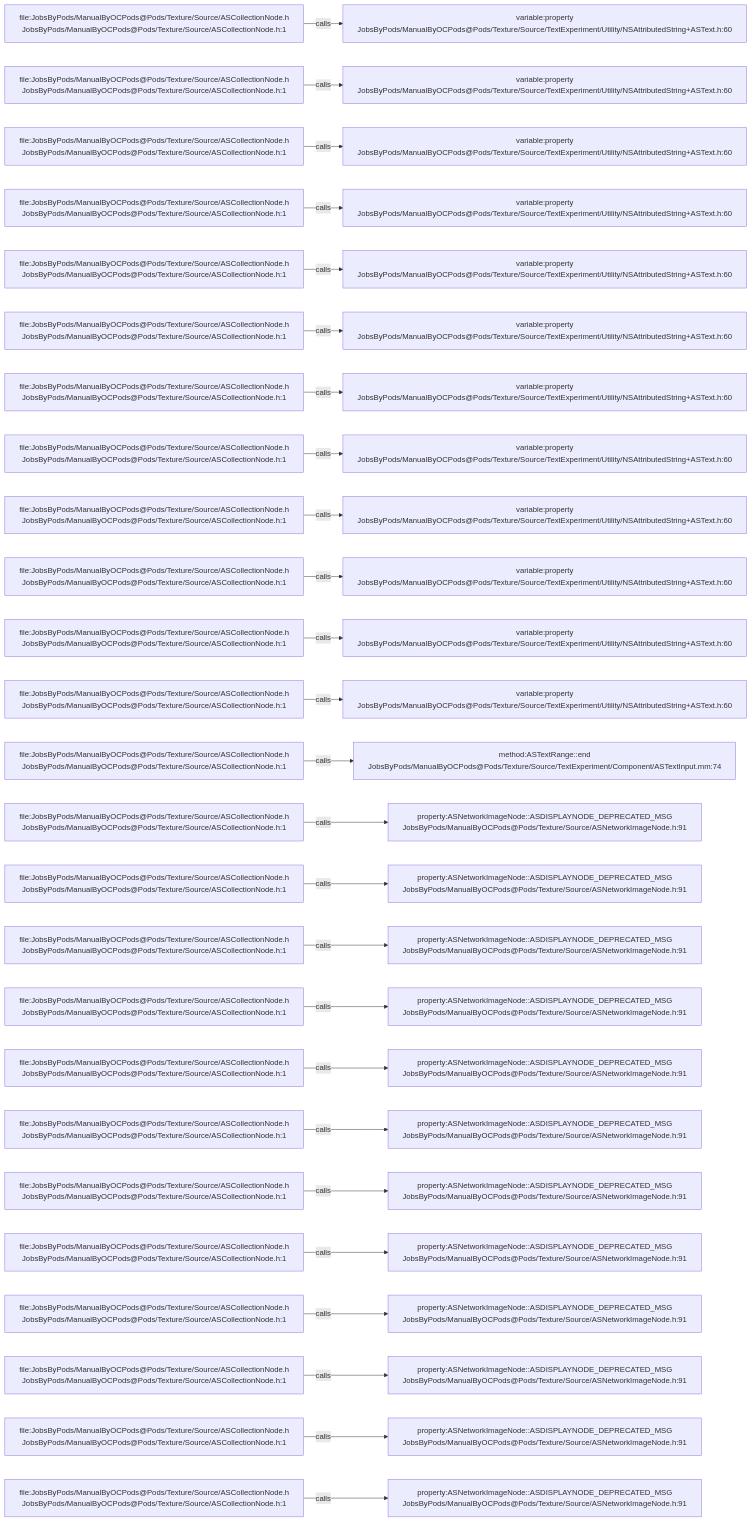
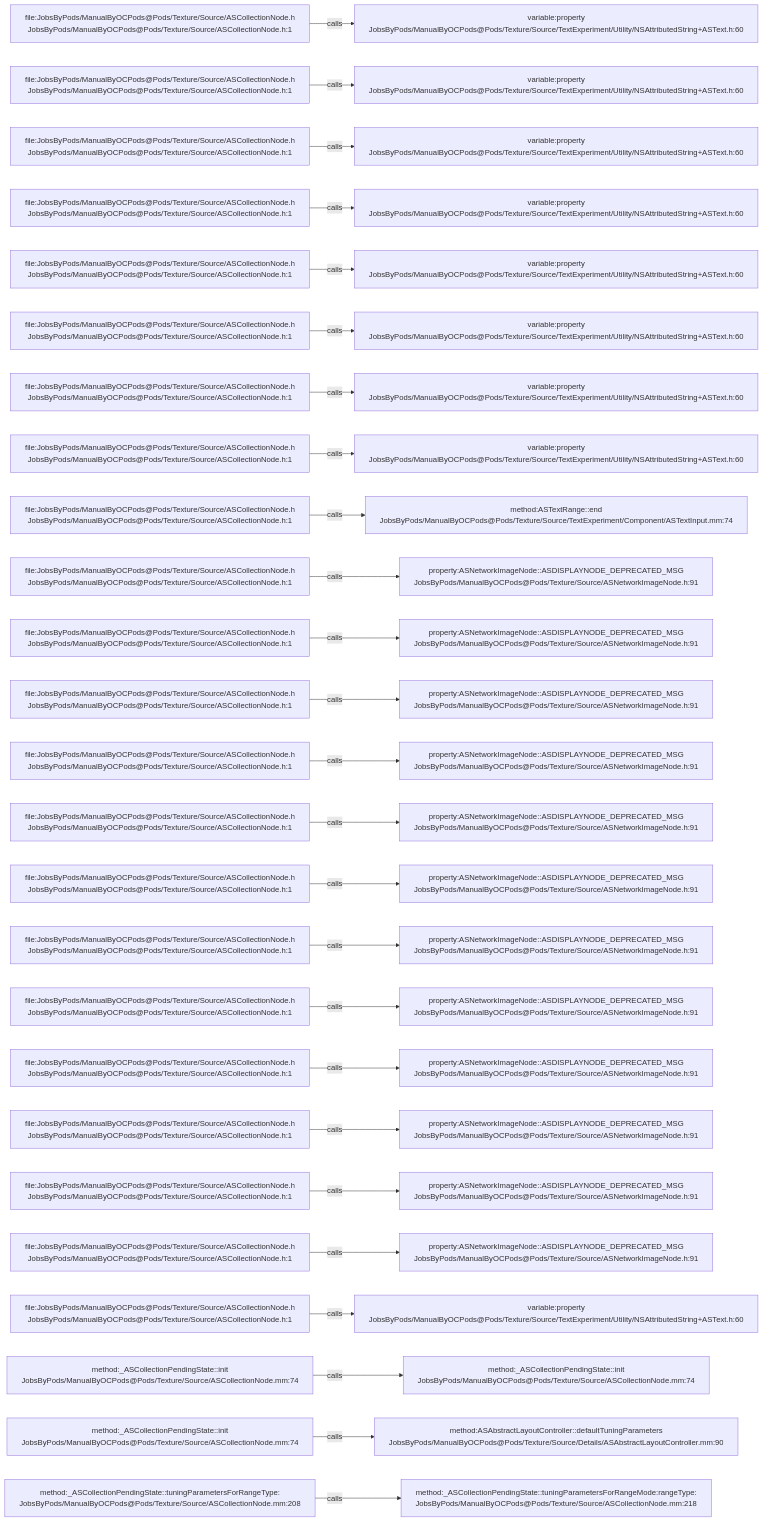
Before and after one commit to JobsKits/JobsOCBaseConfigDemo: the diagram in .codegraph/codegraph.md/graphs/calls-073.md, drawn with Mermaid. The commit also changed 727 other files, not shown here.

````diff
--- a/.codegraph/codegraph.md/graphs/calls-073.md
+++ b/.codegraph/codegraph.md/graphs/calls-073.md
@@ -13,78 +13,78 @@
 ```mermaid
 flowchart LR
   S1["file:JobsByPods/ManualByOCPods@Pods/Texture/Source/ASCollectionNode.h<br/>JobsByPods/ManualByOCPods@Pods/Texture/Source/ASCollectionNode.h:1"]
   T1["variable:property<br/>JobsByPods/ManualByOCPods@Pods/Texture/Source/TextExperiment/Utility/NSAttributedString+ASText.h:60"]
   S1 -->|calls| T1
   S2["file:JobsByPods/ManualByOCPods@Pods/Texture/Source/ASCollectionNode.h<br/>JobsByPods/ManualByOCPods@Pods/Texture/Source/ASCollectionNode.h:1"]
   T2["variable:property<br/>JobsByPods/ManualByOCPods@Pods/Texture/Source/TextExperiment/Utility/NSAttributedString+ASText.h:60"]
   S2 -->|calls| T2
   S3["file:JobsByPods/ManualByOCPods@Pods/Texture/Source/ASCollectionNode.h<br/>JobsByPods/ManualByOCPods@Pods/Texture/Source/ASCollectionNode.h:1"]
   T3["variable:property<br/>JobsByPods/ManualByOCPods@Pods/Texture/Source/TextExperiment/Utility/NSAttributedString+ASText.h:60"]
   S3 -->|calls| T3
   S4["file:JobsByPods/ManualByOCPods@Pods/Texture/Source/ASCollectionNode.h<br/>JobsByPods/ManualByOCPods@Pods/Texture/Source/ASCollectionNode.h:1"]
   T4["variable:property<br/>JobsByPods/ManualByOCPods@Pods/Texture/Source/TextExperiment/Utility/NSAttributedString+ASText.h:60"]
   S4 -->|calls| T4
   S5["file:JobsByPods/ManualByOCPods@Pods/Texture/Source/ASCollectionNode.h<br/>JobsByPods/ManualByOCPods@Pods/Texture/Source/ASCollectionNode.h:1"]
   T5["variable:property<br/>JobsByPods/ManualByOCPods@Pods/Texture/Source/TextExperiment/Utility/NSAttributedString+ASText.h:60"]
   S5 -->|calls| T5
   S6["file:JobsByPods/ManualByOCPods@Pods/Texture/Source/ASCollectionNode.h<br/>JobsByPods/ManualByOCPods@Pods/Texture/Source/ASCollectionNode.h:1"]
   T6["variable:property<br/>JobsByPods/ManualByOCPods@Pods/Texture/Source/TextExperiment/Utility/NSAttributedString+ASText.h:60"]
   S6 -->|calls| T6
   S7["file:JobsByPods/ManualByOCPods@Pods/Texture/Source/ASCollectionNode.h<br/>JobsByPods/ManualByOCPods@Pods/Texture/Source/ASCollectionNode.h:1"]
   T7["variable:property<br/>JobsByPods/ManualByOCPods@Pods/Texture/Source/TextExperiment/Utility/NSAttributedString+ASText.h:60"]
   S7 -->|calls| T7
   S8["file:JobsByPods/ManualByOCPods@Pods/Texture/Source/ASCollectionNode.h<br/>JobsByPods/ManualByOCPods@Pods/Texture/Source/ASCollectionNode.h:1"]
   T8["variable:property<br/>JobsByPods/ManualByOCPods@Pods/Texture/Source/TextExperiment/Utility/NSAttributedString+ASText.h:60"]
   S8 -->|calls| T8
   S9["file:JobsByPods/ManualByOCPods@Pods/Texture/Source/ASCollectionNode.h<br/>JobsByPods/ManualByOCPods@Pods/Texture/Source/ASCollectionNode.h:1"]
-  T9["variable:property<br/>JobsByPods/ManualByOCPods@Pods/Texture/Source/TextExperiment/Utility/NSAttributedString+ASText.h:60"]
+  T9["method:ASTextRange::end<br/>JobsByPods/ManualByOCPods@Pods/Texture/Source/TextExperiment/Component/ASTextInput.mm:74"]
   S9 -->|calls| T9
   S10["file:JobsByPods/ManualByOCPods@Pods/Texture/Source/ASCollectionNode.h<br/>JobsByPods/ManualByOCPods@Pods/Texture/Source/ASCollectionNode.h:1"]
-  T10["variable:property<br/>JobsByPods/ManualByOCPods@Pods/Texture/Source/TextExperiment/Utility/NSAttributedString+ASText.h:60"]
+  T10["property:ASNetworkImageNode::ASDISPLAYNODE_DEPRECATED_MSG<br/>JobsByPods/ManualByOCPods@Pods/Texture/Source/ASNetworkImageNode.h:91"]
   S10 -->|calls| T10
   S11["file:JobsByPods/ManualByOCPods@Pods/Texture/Source/ASCollectionNode.h<br/>JobsByPods/ManualByOCPods@Pods/Texture/Source/ASCollectionNode.h:1"]
-  T11["variable:property<br/>JobsByPods/ManualByOCPods@Pods/Texture/Source/TextExperiment/Utility/NSAttributedString+ASText.h:60"]
+  T11["property:ASNetworkImageNode::ASDISPLAYNODE_DEPRECATED_MSG<br/>JobsByPods/ManualByOCPods@Pods/Texture/Source/ASNetworkImageNode.h:91"]
   S11 -->|calls| T11
   S12["file:JobsByPods/ManualByOCPods@Pods/Texture/Source/ASCollectionNode.h<br/>JobsByPods/ManualByOCPods@Pods/Texture/Source/ASCollectionNode.h:1"]
-  T12["variable:property<br/>JobsByPods/ManualByOCPods@Pods/Texture/Source/TextExperiment/Utility/NSAttributedString+ASText.h:60"]
+  T12["property:ASNetworkImageNode::ASDISPLAYNODE_DEPRECATED_MSG<br/>JobsByPods/ManualByOCPods@Pods/Texture/Source/ASNetworkImageNode.h:91"]
   S12 -->|calls| T12
   S13["file:JobsByPods/ManualByOCPods@Pods/Texture/Source/ASCollectionNode.h<br/>JobsByPods/ManualByOCPods@Pods/Texture/Source/ASCollectionNode.h:1"]
-  T13["method:ASTextRange::end<br/>JobsByPods/ManualByOCPods@Pods/Texture/Source/TextExperiment/Component/ASTextInput.mm:74"]
+  T13["property:ASNetworkImageNode::ASDISPLAYNODE_DEPRECATED_MSG<br/>JobsByPods/ManualByOCPods@Pods/Texture/Source/ASNetworkImageNode.h:91"]
   S13 -->|calls| T13
   S14["file:JobsByPods/ManualByOCPods@Pods/Texture/Source/ASCollectionNode.h<br/>JobsByPods/ManualByOCPods@Pods/Texture/Source/ASCollectionNode.h:1"]
   T14["property:ASNetworkImageNode::ASDISPLAYNODE_DEPRECATED_MSG<br/>JobsByPods/ManualByOCPods@Pods/Texture/Source/ASNetworkImageNode.h:91"]
   S14 -->|calls| T14
   S15["file:JobsByPods/ManualByOCPods@Pods/Texture/Source/ASCollectionNode.h<br/>JobsByPods/ManualByOCPods@Pods/Texture/Source/ASCollectionNode.h:1"]
   T15["property:ASNetworkImageNode::ASDISPLAYNODE_DEPRECATED_MSG<br/>JobsByPods/ManualByOCPods@Pods/Texture/Source/ASNetworkImageNode.h:91"]
   S15 -->|calls| T15
   S16["file:JobsByPods/ManualByOCPods@Pods/Texture/Source/ASCollectionNode.h<br/>JobsByPods/ManualByOCPods@Pods/Texture/Source/ASCollectionNode.h:1"]
   T16["property:ASNetworkImageNode::ASDISPLAYNODE_DEPRECATED_MSG<br/>JobsByPods/ManualByOCPods@Pods/Texture/Source/ASNetworkImageNode.h:91"]
   S16 -->|calls| T16
   S17["file:JobsByPods/ManualByOCPods@Pods/Texture/Source/ASCollectionNode.h<br/>JobsByPods/ManualByOCPods@Pods/Texture/Source/ASCollectionNode.h:1"]
   T17["property:ASNetworkImageNode::ASDISPLAYNODE_DEPRECATED_MSG<br/>JobsByPods/ManualByOCPods@Pods/Texture/Source/ASNetworkImageNode.h:91"]
   S17 -->|calls| T17
   S18["file:JobsByPods/ManualByOCPods@Pods/Texture/Source/ASCollectionNode.h<br/>JobsByPods/ManualByOCPods@Pods/Texture/Source/ASCollectionNode.h:1"]
   T18["property:ASNetworkImageNode::ASDISPLAYNODE_DEPRECATED_MSG<br/>JobsByPods/ManualByOCPods@Pods/Texture/Source/ASNetworkImageNode.h:91"]
   S18 -->|calls| T18
   S19["file:JobsByPods/ManualByOCPods@Pods/Texture/Source/ASCollectionNode.h<br/>JobsByPods/ManualByOCPods@Pods/Texture/Source/ASCollectionNode.h:1"]
   T19["property:ASNetworkImageNode::ASDISPLAYNODE_DEPRECATED_MSG<br/>JobsByPods/ManualByOCPods@Pods/Texture/Source/ASNetworkImageNode.h:91"]
   S19 -->|calls| T19
   S20["file:JobsByPods/ManualByOCPods@Pods/Texture/Source/ASCollectionNode.h<br/>JobsByPods/ManualByOCPods@Pods/Texture/Source/ASCollectionNode.h:1"]
   T20["property:ASNetworkImageNode::ASDISPLAYNODE_DEPRECATED_MSG<br/>JobsByPods/ManualByOCPods@Pods/Texture/Source/ASNetworkImageNode.h:91"]
   S20 -->|calls| T20
   S21["file:JobsByPods/ManualByOCPods@Pods/Texture/Source/ASCollectionNode.h<br/>JobsByPods/ManualByOCPods@Pods/Texture/Source/ASCollectionNode.h:1"]
   T21["property:ASNetworkImageNode::ASDISPLAYNODE_DEPRECATED_MSG<br/>JobsByPods/ManualByOCPods@Pods/Texture/Source/ASNetworkImageNode.h:91"]
   S21 -->|calls| T21
   S22["file:JobsByPods/ManualByOCPods@Pods/Texture/Source/ASCollectionNode.h<br/>JobsByPods/ManualByOCPods@Pods/Texture/Source/ASCollectionNode.h:1"]
-  T22["property:ASNetworkImageNode::ASDISPLAYNODE_DEPRECATED_MSG<br/>JobsByPods/ManualByOCPods@Pods/Texture/Source/ASNetworkImageNode.h:91"]
+  T22["variable:property<br/>JobsByPods/ManualByOCPods@Pods/Texture/Source/TextExperiment/Utility/NSAttributedString+ASText.h:60"]
   S22 -->|calls| T22
-  S23["file:JobsByPods/ManualByOCPods@Pods/Texture/Source/ASCollectionNode.h<br/>JobsByPods/ManualByOCPods@Pods/Texture/Source/ASCollectionNode.h:1"]
-  T23["property:ASNetworkImageNode::ASDISPLAYNODE_DEPRECATED_MSG<br/>JobsByPods/ManualByOCPods@Pods/Texture/Source/ASNetworkImageNode.h:91"]
+  S23["method:_ASCollectionPendingState::init<br/>JobsByPods/ManualByOCPods@Pods/Texture/Source/ASCollectionNode.mm:74"]
+  T23["method:_ASCollectionPendingState::init<br/>JobsByPods/ManualByOCPods@Pods/Texture/Source/ASCollectionNode.mm:74"]
   S23 -->|calls| T23
-  S24["file:JobsByPods/ManualByOCPods@Pods/Texture/Source/ASCollectionNode.h<br/>JobsByPods/ManualByOCPods@Pods/Texture/Source/ASCollectionNode.h:1"]
-  T24["property:ASNetworkImageNode::ASDISPLAYNODE_DEPRECATED_MSG<br/>JobsByPods/ManualByOCPods@Pods/Texture/Source/ASNetworkImageNode.h:91"]
+  S24["method:_ASCollectionPendingState::init<br/>JobsByPods/ManualByOCPods@Pods/Texture/Source/ASCollectionNode.mm:74"]
+  T24["method:ASAbstractLayoutController::defaultTuningParameters<br/>JobsByPods/ManualByOCPods@Pods/Texture/Source/Details/ASAbstractLayoutController.mm:90"]
   S24 -->|calls| T24
-  S25["file:JobsByPods/ManualByOCPods@Pods/Texture/Source/ASCollectionNode.h<br/>JobsByPods/ManualByOCPods@Pods/Texture/Source/ASCollectionNode.h:1"]
-  T25["property:ASNetworkImageNode::ASDISPLAYNODE_DEPRECATED_MSG<br/>JobsByPods/ManualByOCPods@Pods/Texture/Source/ASNetworkImageNode.h:91"]
+  S25["method:_ASCollectionPendingState::tuningParametersForRangeType:<br/>JobsByPods/ManualByOCPods@Pods/Texture/Source/ASCollectionNode.mm:208"]
+  T25["method:_ASCollectionPendingState::tuningParametersForRangeMode:rangeType:<br/>JobsByPods/ManualByOCPods@Pods/Texture/Source/ASCollectionNode.mm:218"]
   S25 -->|calls| T25
 ```
````
